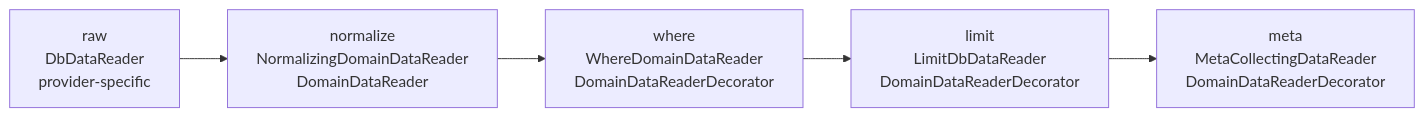
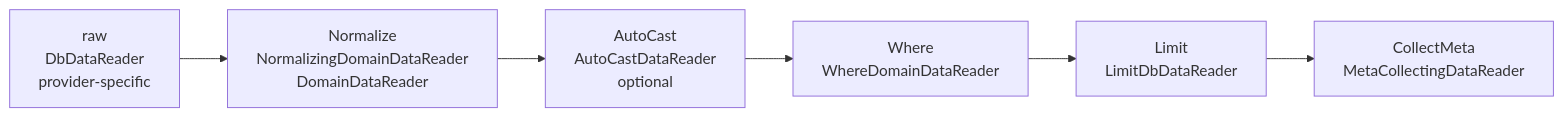
Before and after one commit to MikeKondr99/Loader: the first of 3 diagrams in docs/reader-pipeline.md, drawn with Mermaid. The commit also changed other lines of this file and 8 other files, not shown here.

````diff
--- a/docs/reader-pipeline.md
+++ b/docs/reader-pipeline.md
@@ -5,10 +5,11 @@
 ```mermaid
 flowchart LR
     raw["raw<br/>DbDataReader<br/>provider-specific"]
-    normalized["normalize<br/>NormalizingDomainDataReader<br/>DomainDataReader"]
-    where["where<br/>WhereDomainDataReader<br/>DomainDataReaderDecorator"]
-    limit["limit<br/>LimitDbDataReader<br/>DomainDataReaderDecorator"]
-    meta["meta<br/>MetaCollectingDataReader<br/>DomainDataReaderDecorator"]
+    normalized["Normalize<br/>NormalizingDomainDataReader<br/>DomainDataReader"]
+    autocast["AutoCast<br/>AutoCastDataReader<br/>optional"]
+    where["Where<br/>WhereDomainDataReader"]
+    limit["Limit<br/>LimitDbDataReader"]
+    meta["CollectMeta<br/>MetaCollectingDataReader"]
 
-    raw --> normalized --> where --> limit --> meta
+    raw --> normalized --> autocast --> where --> limit --> meta
 ```
````
